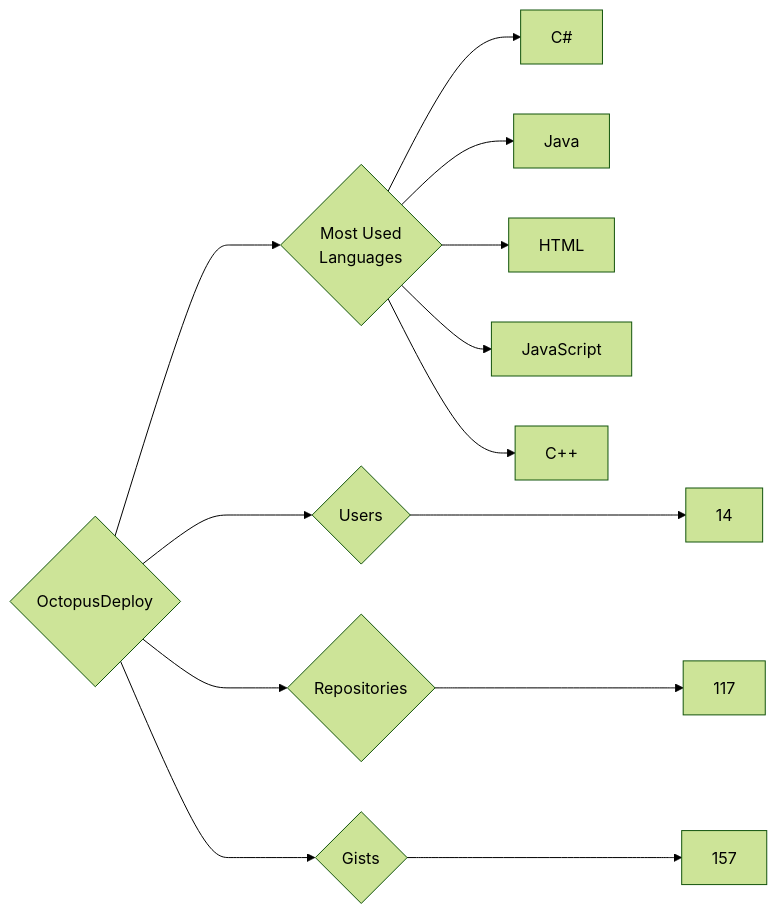
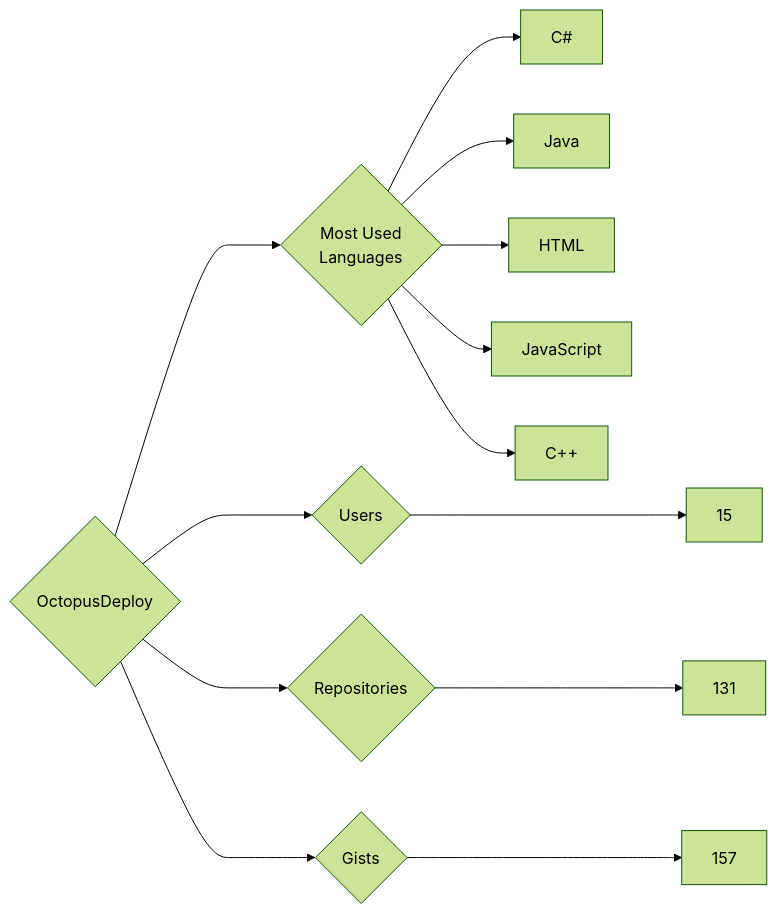
One commit to trickest/insiders changed the diagram in targets/OctopusDeploy/README.md. Above: the diagram before and after it, drawn with Mermaid (forest theme). The commit also changed 1484 other files, not shown here.

````diff
--- a/targets/OctopusDeploy/README.md
+++ b/targets/OctopusDeploy/README.md
@@ -3,13 +3,13 @@
 ```mermaid
 graph LR
 COMPANY_NAME{OctopusDeploy}
-COMPANY_NAME ---> U{Users} ---> UN[14]
-COMPANY_NAME ---> R{Repositories} ---> RN[117]
+COMPANY_NAME ---> U{Users} ---> UN[15]
+COMPANY_NAME ---> R{Repositories} ---> RN[131]
 COMPANY_NAME ---> G{Gists} ---> GN[157]
 COMPANY_NAME ---> ML{Most Used<br>Languages}
 ML --> C#[C#]
 ML --> Java[Java]
 ML --> HTML[HTML]
 ML --> JavaScript[JavaScript]
 ML --> C++[C++]
 ```
````
